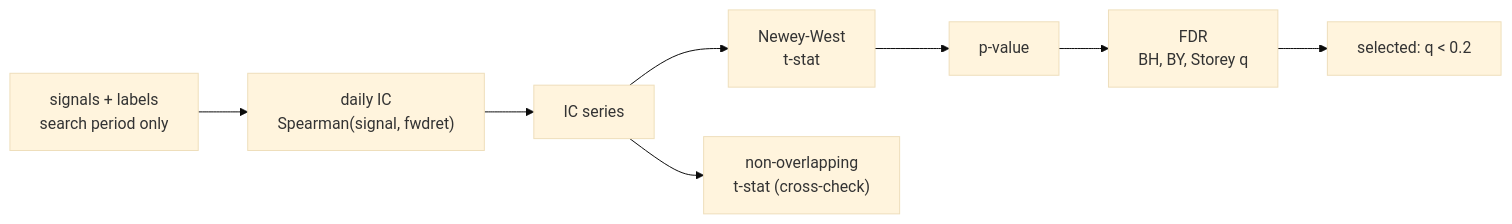
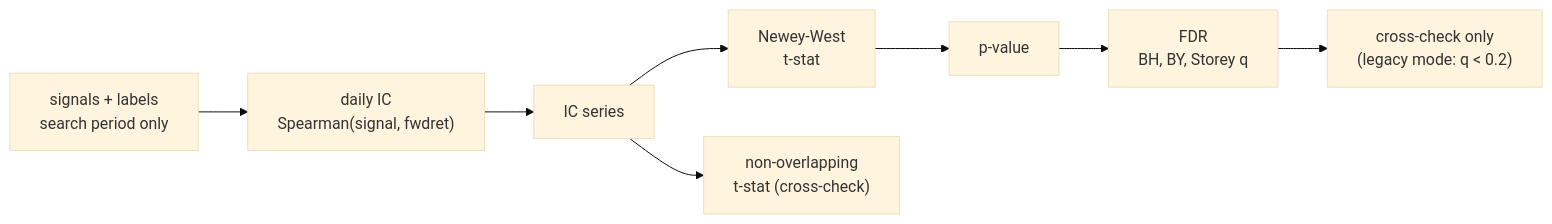
The seventh of 17 diagrams in docs/methodology.md (qlemoal/quant_alpha_lab), drawn with Mermaid (base theme) before and after one commit. The commit also changed other lines of this file and 55 other files, not shown here.

````diff
--- a/docs/methodology.md
+++ b/docs/methodology.md
@@ -191,7 +191,7 @@
 ```mermaid
 flowchart LR
     S["signals + labels<br/>search period only"] --> I["daily IC<br/>Spearman(signal, fwdret)"] --> N["IC series"]
     N --> T["Newey-West<br/>t-stat"] --> P["p-value"]
     N --> NO["non-overlapping<br/>t-stat (cross-check)"]
-    P --> F["FDR<br/>BH, BY, Storey q"] --> SEL["selected: q < 0.2"]
+    P --> F["FDR<br/>BH, BY, Storey q"] --> SEL["cross-check only<br/>(legacy mode: q < 0.2)"]
 ```
````
